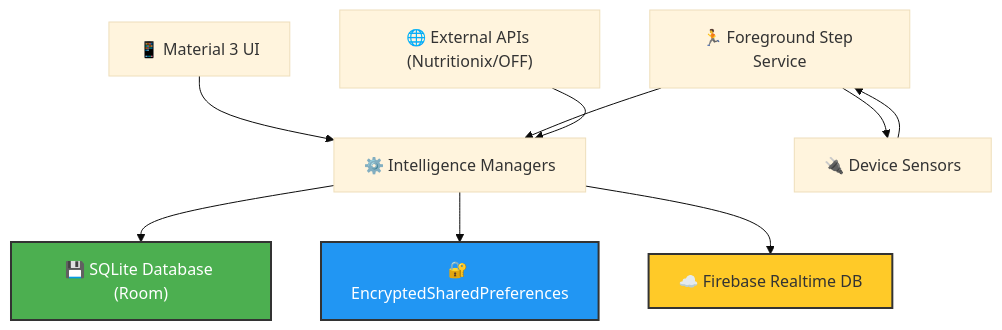
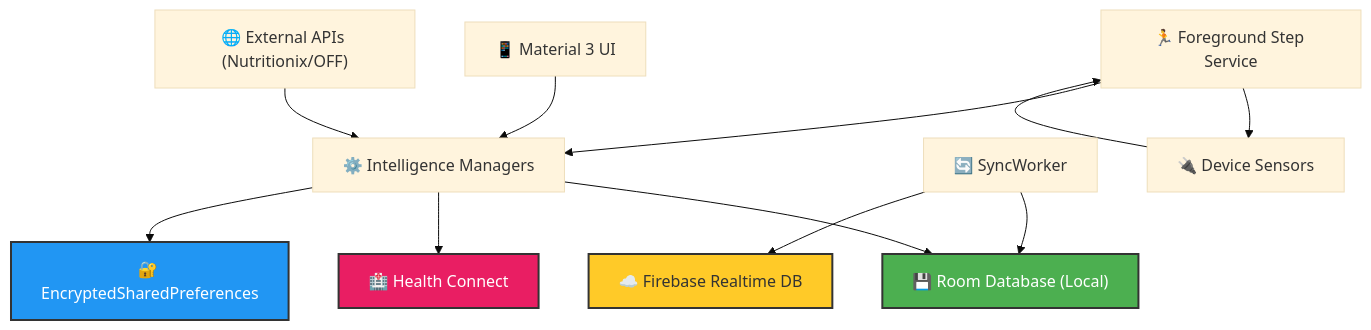
Before and after one commit to pranavbairollu/FitSathi: the diagram in README.md, drawn with Mermaid (base theme). The commit also changed other lines of this file, not shown here.

Commit message:
docs: update README with recent features and architectural changes

````diff
--- a/README.md
+++ b/README.md
@@ -51,17 +61,21 @@
 ```mermaid
 graph TD
     UI["📱 Material 3 UI"] --> VM["⚙️ Intelligence Managers"]
-    VM --> Room["💾 SQLite Database (Room)"]
+    VM --> Room["💾 Room Database (Local)"]
+    VM --> HC["🏥 Health Connect"]
     VM --> Secure["🔐 EncryptedSharedPreferences"]
-    VM --> Cloud["☁️ Firebase Realtime DB"]
+    
+    Sync["🔄 SyncWorker"] --> Room
+    Sync --> Cloud["☁️ Firebase Realtime DB"]
     
     Service["🏃 Foreground Step Service"] --> Hardware["🔌 Device Sensors"]
     Hardware --> Service
     Service --> VM
     
     API["🌐 External APIs (Nutritionix/OFF)"] --> VM
     
     style Room fill:#4CAF50,stroke:#333,stroke-width:2px,color:#fff
     style Secure fill:#2196F3,stroke:#333,stroke-width:2px,color:#fff
     style Cloud fill:#ffca28,stroke:#333,stroke-width:2px
+    style HC fill:#e91e63,stroke:#333,stroke-width:2px,color:#fff
 ```
````
